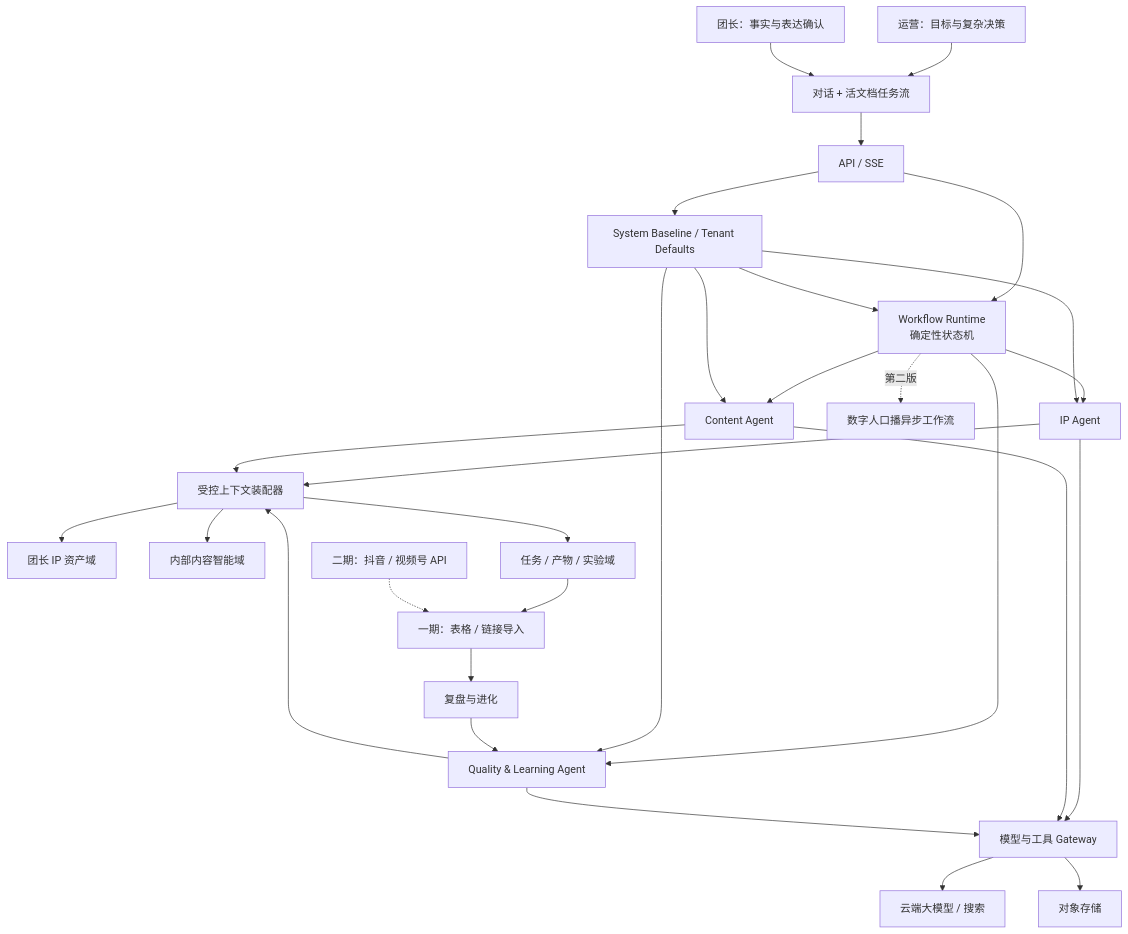
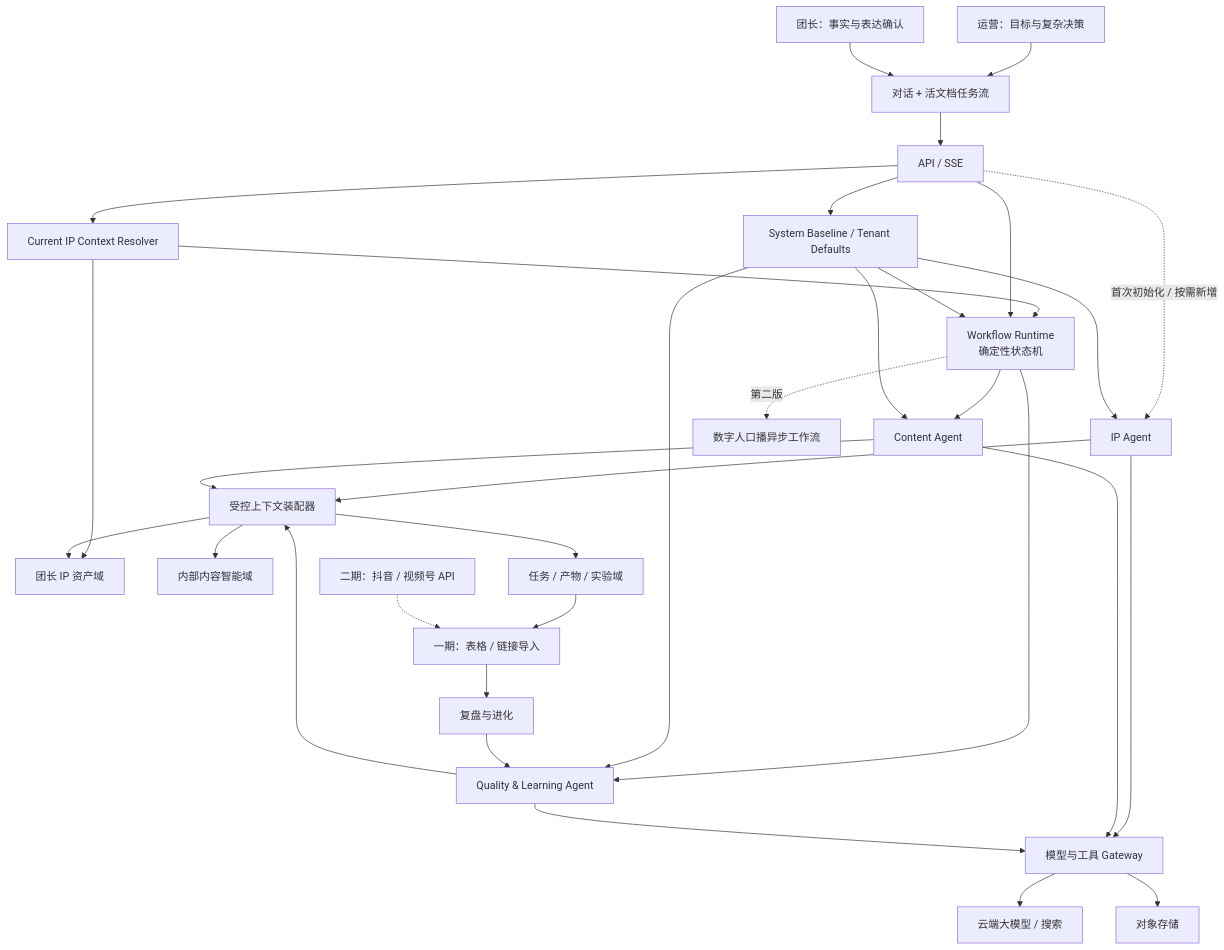
The first of 2 diagrams in docs/superpowers/specs/2026-08-15-group-leader-content-growth-agent-design.md (iSamlzh/short-video-llm), drawn with Mermaid before and after one commit. The commit also changed other lines of this file and 3 other files, not shown here.

````diff
--- a/docs/superpowers/specs/2026-08-15-group-leader-content-growth-agent-design.md
+++ b/docs/superpowers/specs/2026-08-15-group-leader-content-growth-agent-design.md
@@ -136,25 +138,28 @@
 ```mermaid
 flowchart TB
     U1["运营：目标与复杂决策"] --> UI["对话 + 活文档任务流"]
     U2["团长：事实与表达确认"] --> UI
     UI --> API["API / SSE"]
     API --> BASE["System Baseline / Tenant Defaults"]
+    API --> CIP["Current IP Context Resolver"]
+    CIP --> IP["团长 IP 资产域"]
+    CIP --> WF
     API --> WF["Workflow Runtime\n确定性状态机"]
     BASE --> WF
-    WF --> A1["IP Agent"]
+    API -. "首次初始化 / 按需新增" .-> A1["IP Agent"]
     WF --> A2["Content Agent"]
     WF --> A3["Quality & Learning Agent"]
     BASE --> A1 & A2 & A3
     WF -. 第二版 .-> VIDEO["数字人口播异步工作流"]
     A1 & A2 & A3 --> CTX["受控上下文装配器"]
-    CTX --> IP["团长 IP 资产域"]
+    CTX --> IP
     CTX --> INTEL["内部内容智能域"]
     CTX --> RUN["任务 / 产物 / 实验域"]
     A1 & A2 & A3 --> TOOLS["模型与工具 Gateway"]
     TOOLS --> LLM["云端大模型 / 搜索"]
     TOOLS --> STORAGE["对象存储"]
     RUN --> IMPORT["一期：表格 / 链接导入"]
     IMPORT --> REVIEW["复盘与进化"]
     REVIEW --> A3
     P2["二期：抖音 / 视频号 API"] -.-> IMPORT
 ```
````
